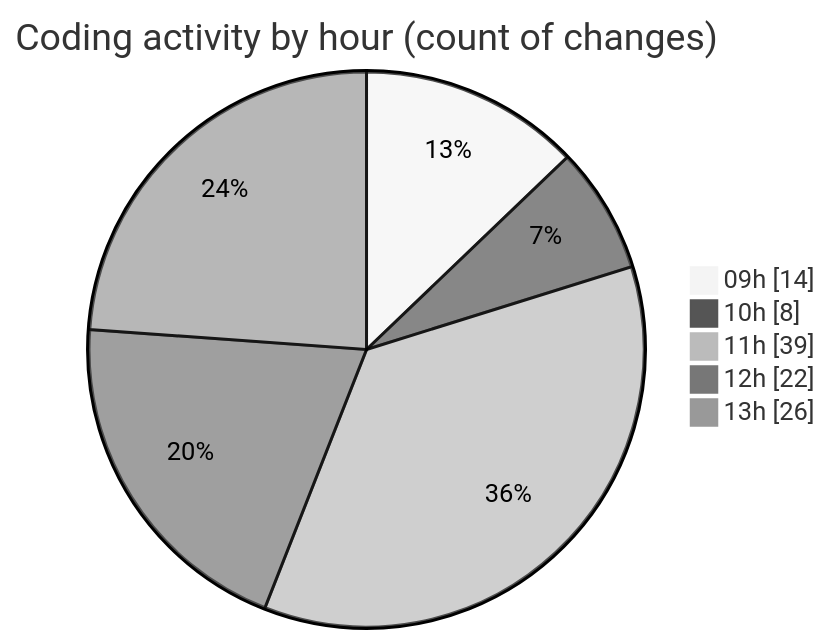
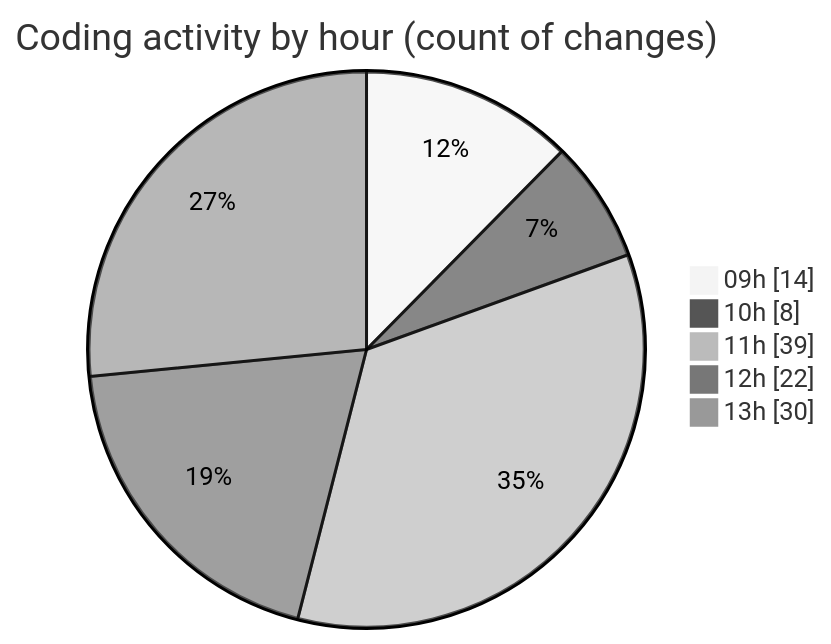
One commit to momahboobian/code-tracking changed the second of 2 diagrams in 2025-02-07/cda/README.md. Above: the diagram before and after it, drawn with Mermaid (neutral theme). The commit also changed other lines of this file and 1 other file, not shown here.

````diff
--- a/2025-02-07/cda/README.md
+++ b/2025-02-07/cda/README.md
@@ -61,9 +61,9 @@
 ```mermaid
 pie showData
 title Coding activity by hour (count of changes)
 "09h" : 14
 "10h" : 8
 "11h" : 39
 "12h" : 22
-"13h" : 26
+"13h" : 30
 ```
````
